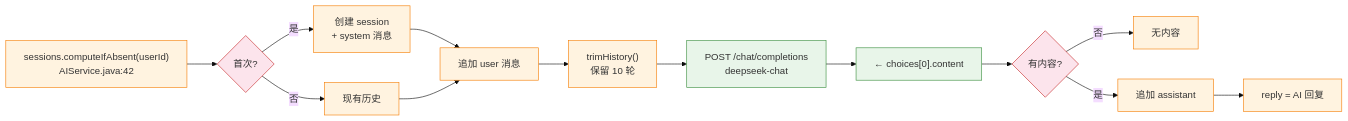
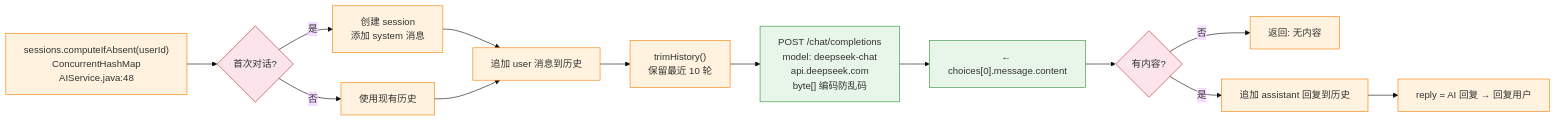
One commit to lys-123-qwe/Agent changed the seventh of 11 diagrams in ilink-flowchart.md. Above: the diagram before and after it, drawn with Mermaid (base theme). The commit also changed other lines of this file and 3 other files, not shown here.

Commit message:
欢迎信息及流程图完善

````diff
--- a/ilink-flowchart.md
+++ b/ilink-flowchart.md
@@ -153,23 +187,23 @@
 ```mermaid
 flowchart LR
-    AS["sessions.computeIfAbsent(userId)<br>AIService.java:42"]:::process
-    AE{"首次?"}:::decision
+    AS["sessions.computeIfAbsent(userId)<br>ConcurrentHashMap<br>AIService.java:48"]:::process
+    AE{"首次对话?"}:::decision
     AS --> AE
-    AE --> |"是"| AN["创建 session<br>+ system 消息"]:::process
-    AE --> |"否"| AO["现有历史"]:::process
+    AE --> |"是"| AN["创建 session<br>添加 system 消息"]:::process
+    AE --> |"否"| AO["使用现有历史"]:::process
     AN --> AA
     AO --> AA
-    AA["追加 user 消息"]:::process
-    AT["trimHistory()<br>保留 10 轮"]:::process
-    AR["POST /chat/completions<br>deepseek-chat"]:::api
-    AX["← choices[0].content"]:::api
+    AA["追加 user 消息到历史"]:::process
+    AT["trimHistory()<br>保留最近 10 轮"]:::process
+    AR["POST /chat/completions<br>model: deepseek-chat<br>api.deepseek.com<br>byte[] 编码防乱码"]:::api
+    AX["← choices[0].message.content"]:::api
     AA --> AT --> AR --> AX
     AX --> AC{"有内容?"}:::decision
-    AC --> |"否"| AER["无内容"]:::process
-    AC --> |"是"| AAS["追加 assistant"]:::process
-    AAS --> AOK["reply = AI 回复"]:::process
+    AC --> |"否"| AER["返回: 无内容"]:::process
+    AC --> |"是"| AAS["追加 assistant 回复到历史"]:::process
+    AAS --> AOK["reply = AI 回复 → 回复用户"]:::process
 
     classDef process fill:#fff3e0,stroke:#f57c00;
     classDef decision fill:#fce4ec,stroke:#c62828;
     classDef api fill:#e8f5e9,stroke:#388e3c;
 ```
````
